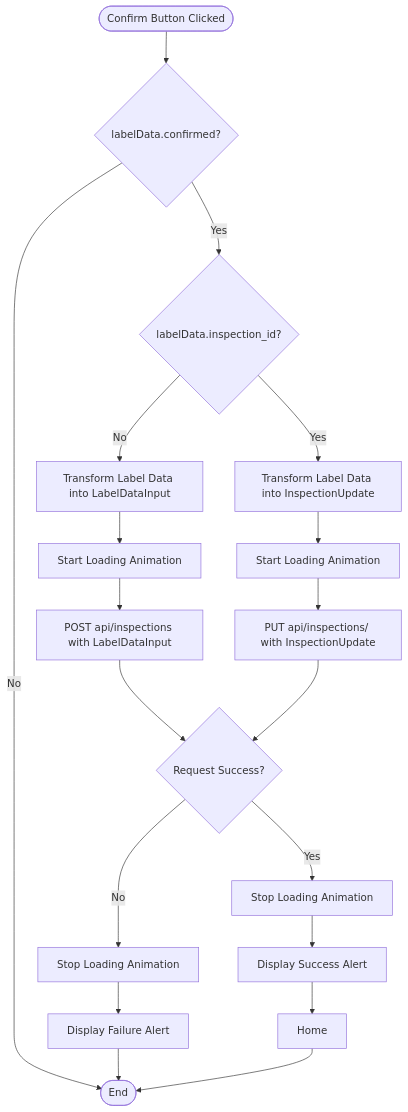
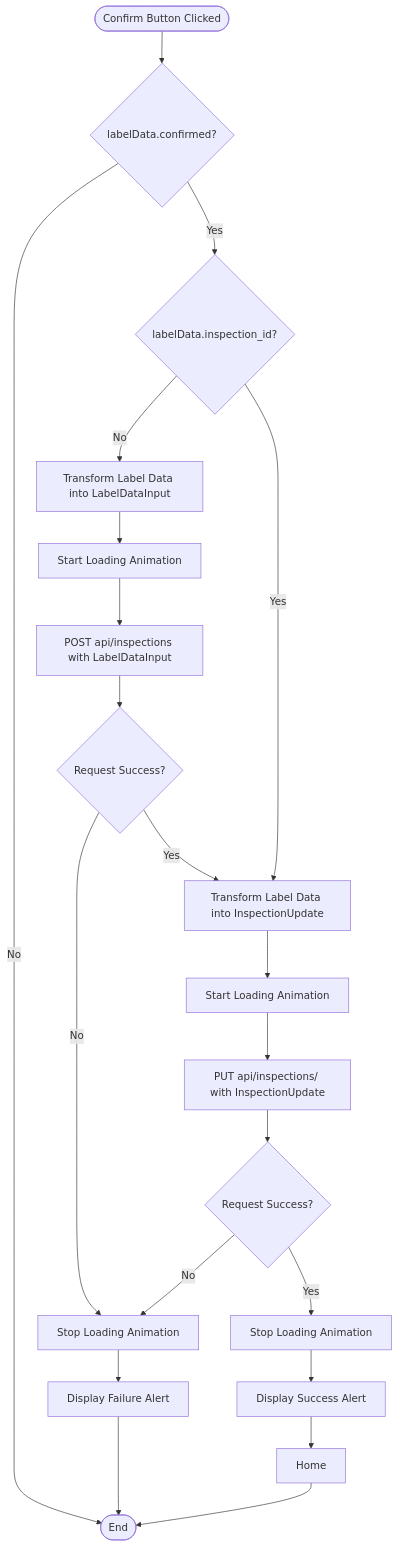
The second of 3 diagrams in docs/label-data-confirmation/flowchart.md (ai-cfia/fertiscan-frontend), drawn with Mermaid before and after one commit.

Commit message:
issue #202: update confirm button flowchart

````diff
--- a/docs/label-data-confirmation/flowchart.md
+++ b/docs/label-data-confirmation/flowchart.md
@@ -18,11 +18,18 @@
 ```mermaid
 flowchart TD
     Start([Confirm Button Clicked]) --> CheckLabelDataConfirmed{"labelData.confirmed?"}
     CheckLabelDataConfirmed -->|No| End([End])
     CheckLabelDataConfirmed -->|Yes| CheckInspectionID{"labelData.inspection_id?"}
-    CheckInspectionID -->|No| TransformToLabelDataInput["Transform Label Data into LabelDataInput"] --> StartLoadingAnimationNoID["Start Loading Animation"] --> PostRequest["POST api/inspections with LabelDataInput"] --> RequestSuccess
-    CheckInspectionID -->|Yes| TransformLabelData["Transform Label Data into InspectionUpdate"] --> StartLoadingAnimationWithID["Start Loading Animation"] --> PutRequest["PUT api/inspections/<inspection_id> with InspectionUpdate"] --> RequestSuccess
-    RequestSuccess{"Request Success?"}
-    RequestSuccess -->|No| StopLoadingFailure["Stop Loading Animation"] --> DisplayFailureAlert["Display Failure Alert"] --> End
-    RequestSuccess -->|Yes| StopLoadingSuccess["Stop Loading Animation"] --> DisplaySuccessAlert["Display Success Alert"] --> HomePage[Home] --> End
+    
+    CheckInspectionID -->|No| TransformToLabelDataInput["Transform Label Data into LabelDataInput"]
+    TransformToLabelDataInput --> StartLoadingAnimationNoID["Start Loading Animation"]
+    StartLoadingAnimationNoID --> PostRequest["POST api/inspections with LabelDataInput"]
+    PostRequest --> PostRequestSuccess{"Request Success?"}
+    PostRequestSuccess -->|No| StopLoadingFailure["Stop Loading Animation"] --> DisplayFailureAlert["Display Failure Alert"] --> End
+    PostRequestSuccess -->|Yes| TransformLabelData["Transform Label Data into InspectionUpdate"] --> StartLoadingAnimationWithID["Start Loading Animation"] --> PutRequest["PUT api/inspections/<inspection_id> with InspectionUpdate"]
+    
+    CheckInspectionID -->|Yes| TransformLabelData
+    PutRequest --> PutRequestSuccess{"Request Success?"}
+    PutRequestSuccess -->|No| StopLoadingFailure
+    PutRequestSuccess -->|Yes| StopLoadingSuccess["Stop Loading Animation"] --> DisplaySuccessAlert["Display Success Alert"] --> HomePage[Home] --> End
 ```
````
